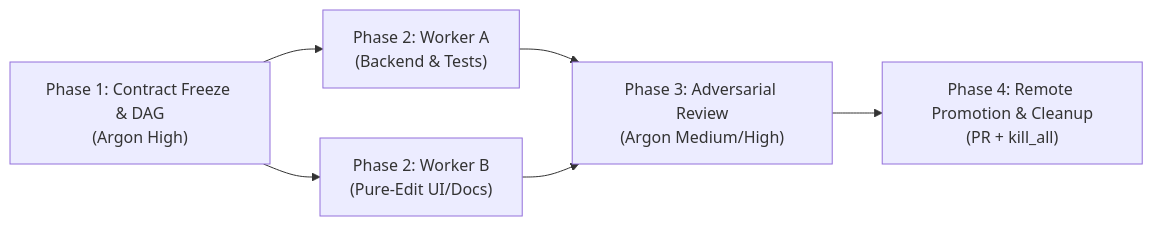
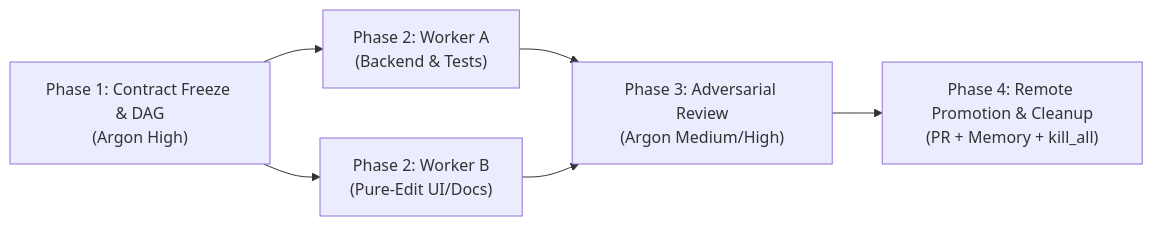
One commit to Cooper-Wallace/agentkit changed the diagram in plugins/autonomous-orchestrator/skills/auto-lifecycle/SKILL.md. Above: the diagram before and after it, drawn with Mermaid. The commit also changed other lines of this file and 14 other files, not shown here.

````diff
--- a/plugins/autonomous-orchestrator/skills/auto-lifecycle/SKILL.md
+++ b/plugins/autonomous-orchestrator/skills/auto-lifecycle/SKILL.md
@@ -14,8 +14,8 @@
 ```mermaid
 flowchart LR
     P1["Phase 1: Contract Freeze & DAG<br/>(Argon High)"] --> P2A["Phase 2: Worker A<br/>(Backend & Tests)"]
     P1 --> P2B["Phase 2: Worker B<br/>(Pure-Edit UI/Docs)"]
     P2A --> P3["Phase 3: Adversarial Review<br/>(Argon Medium/High)"]
     P2B --> P3
-    P3 --> P4["Phase 4: Remote Promotion & Cleanup<br/>(PR + kill_all)"]
+    P3 --> P4["Phase 4: Remote Promotion & Cleanup<br/>(PR + Memory + kill_all)"]
 ```
````
